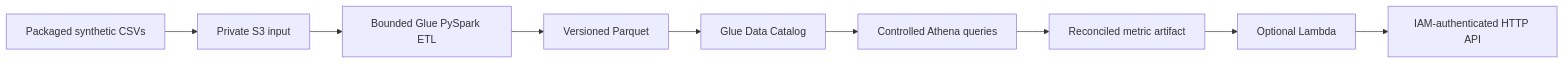
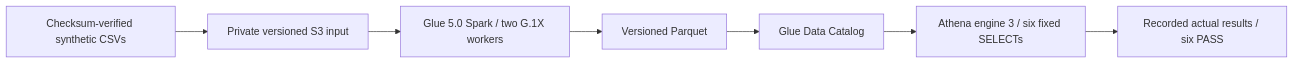
Before and after one commit to sjimenezch001/retailpulse-ai: the third of 3 diagrams in docs/architecture.md, drawn with Mermaid. The commit also changed other lines of this file and 14 other files, not shown here.

````diff
--- a/docs/architecture.md
+++ b/docs/architecture.md
@@ -122,11 +124,9 @@
 ```mermaid
 flowchart LR
-    Synthetic[Packaged synthetic CSVs] --> S3[Private S3 input]
-    S3 --> Glue[Bounded Glue PySpark ETL]
+    Synthetic[Checksum-verified synthetic CSVs] --> S3[Private versioned S3 input]
+    S3 --> Glue[Glue 5.0 Spark / two G.1X workers]
     Glue --> Curated[Versioned Parquet]
     Curated --> Catalog[Glue Data Catalog]
-    Catalog --> Athena[Controlled Athena queries]
-    Athena --> Reconciled[Reconciled metric artifact]
-    Reconciled --> Lambda[Optional Lambda]
-    Lambda --> API[IAM-authenticated HTTP API]
+    Catalog --> Athena[Athena engine 3 / six fixed SELECTs]
+    Athena --> Evidence[Recorded actual results / six PASS]
 ```
````
